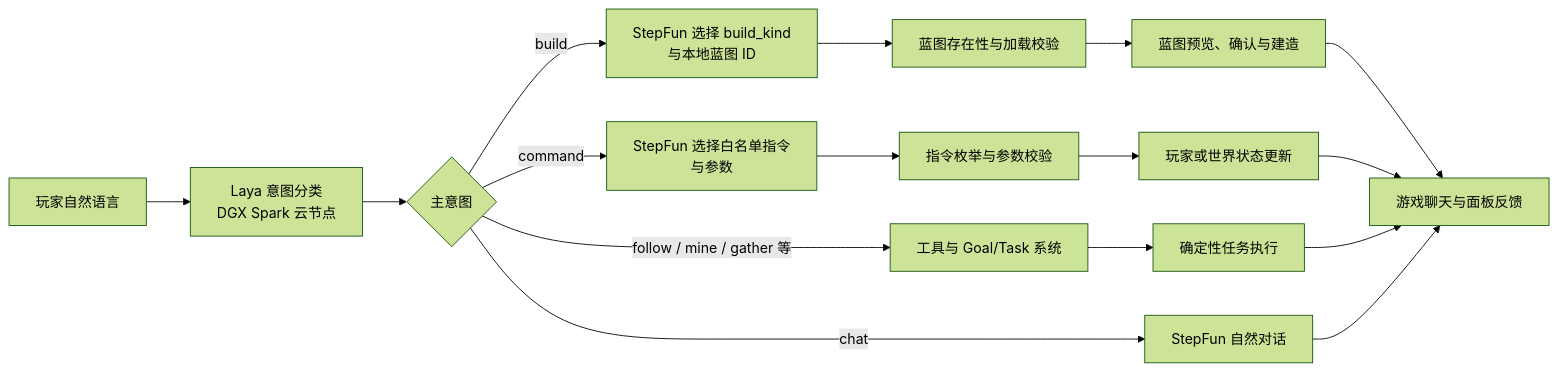
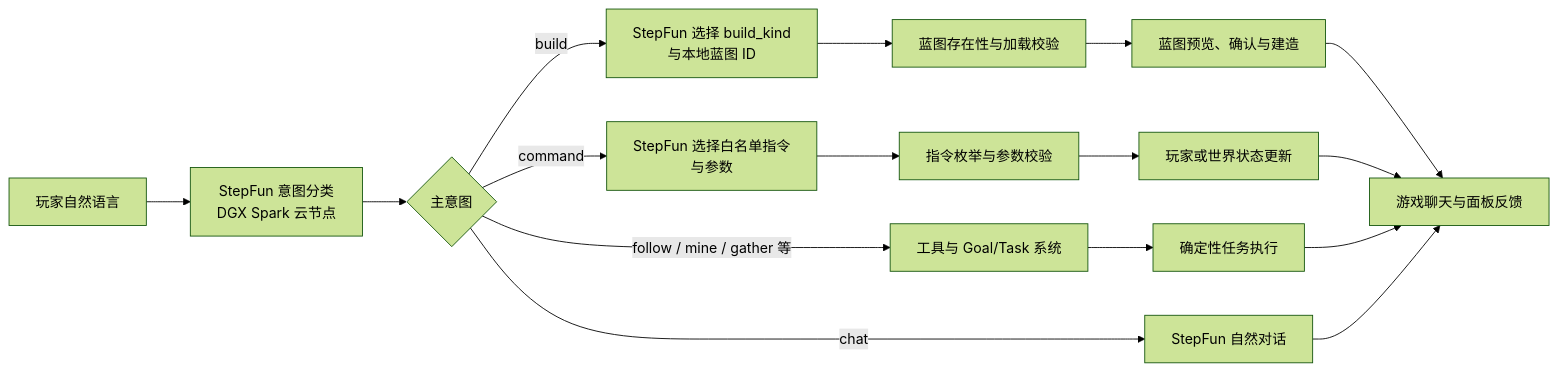
Before and after one commit to Lingering3/Minecraft-ai-robot-your-personal-helpful-friend-: the diagram in docs/DGX_SPARK_PROJECT.md, drawn with Mermaid (forest theme). The commit also changed other lines of this file and 17 other files, not shown here.

Commit message:
Route intent analysis through StepFun and add parallel controls

````diff
--- a/docs/DGX_SPARK_PROJECT.md
+++ b/docs/DGX_SPARK_PROJECT.md
@@ -37,18 +37,18 @@
 ```mermaid
 flowchart LR
-    U[玩家自然语言] --> L[Laya 意图分类<br/>DGX Spark 云节点]
+    U[玩家自然语言] --> L[StepFun 意图分类<br/>DGX Spark 云节点]
     L --> C{主意图}
     C -->|chat| H[StepFun 自然对话]
     C -->|build| B[StepFun 选择 build_kind<br/>与本地蓝图 ID]
     C -->|command| M[StepFun 选择白名单指令<br/>与参数]
     C -->|follow / mine / gather 等| T[工具与 Goal/Task 系统]
     B --> V[蓝图存在性与加载校验]
     M --> W[指令枚举与参数校验]
     V --> E[蓝图预览、确认与建造]
     W --> E2[玩家或世界状态更新]
     T --> E3[确定性任务执行]
     E --> R[游戏聊天与面板反馈]
     E2 --> R
     E3 --> R
     H --> R
 ```
````
